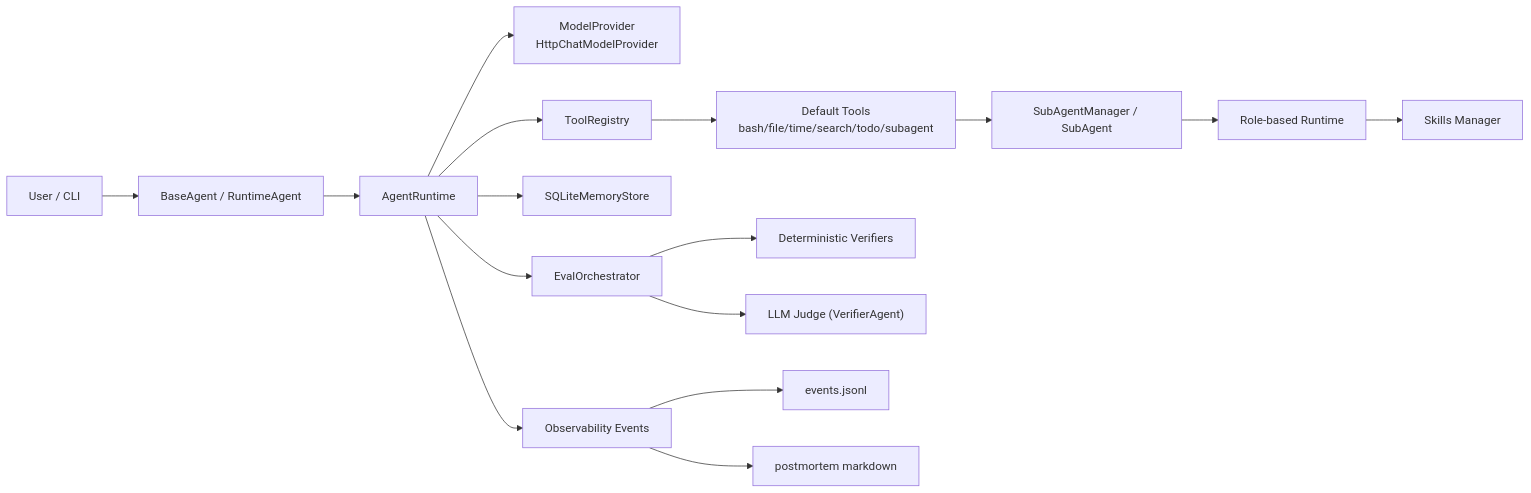
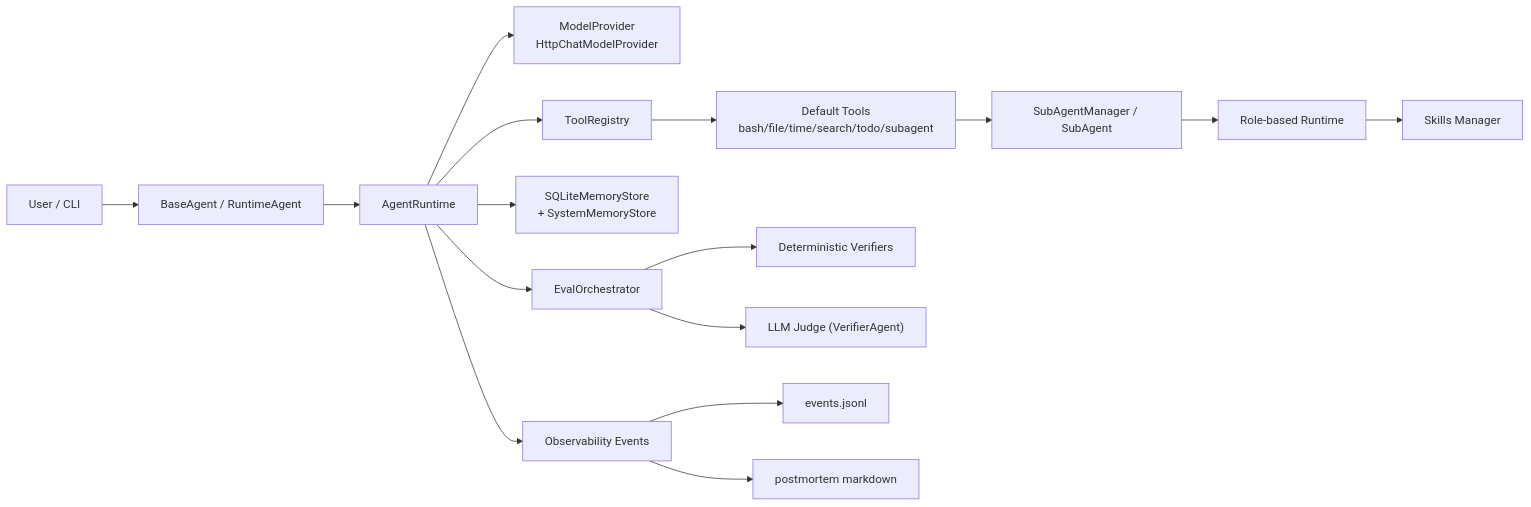
One commit to YeZibn/InDepth changed the diagram in README.md. Above: the diagram before and after it, drawn with Mermaid. The commit also changed other lines of this file and 66 other files, not shown here.

````diff
--- a/README.md
+++ b/README.md
@@ -28,21 +42,21 @@
 ```mermaid
 flowchart LR
     U["User / CLI"] --> A["BaseAgent / RuntimeAgent"]
     A --> R["AgentRuntime"]
     R --> M["ModelProvider<br/>HttpChatModelProvider"]
     R --> T["ToolRegistry"]
-    R --> MEM["SQLiteMemoryStore"]
+    R --> MEM["SQLiteMemoryStore<br/>+ SystemMemoryStore"]
     R --> E["EvalOrchestrator"]
     R --> O["Observability Events"]
 
     T --> TD["Default Tools<br/>bash/file/time/search/todo/subagent"]
     TD --> SA["SubAgentManager / SubAgent"]
     SA --> SR["Role-based Runtime"]
     SR --> SM["Skills Manager"]
 
     E --> DV["Deterministic Verifiers"]
     E --> LV["LLM Judge (VerifierAgent)"]
 
     O --> ES["events.jsonl"]
     O --> PM["postmortem markdown"]
 ```
````
